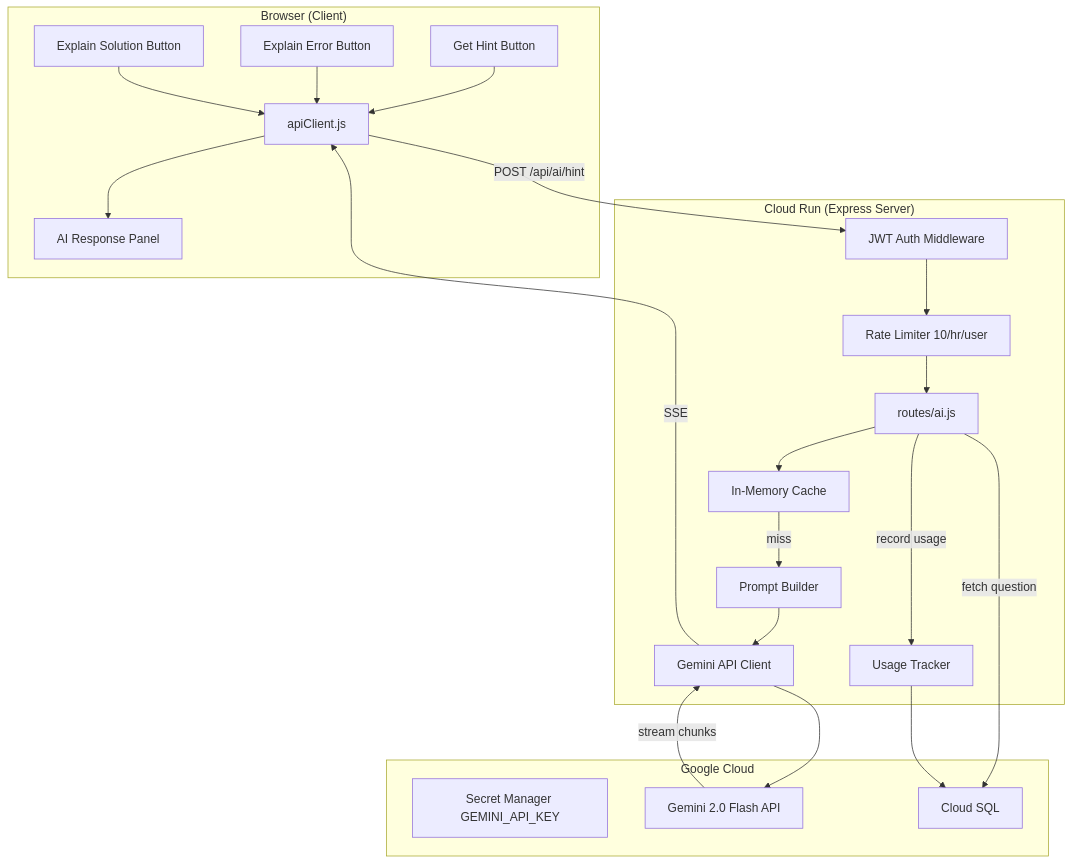
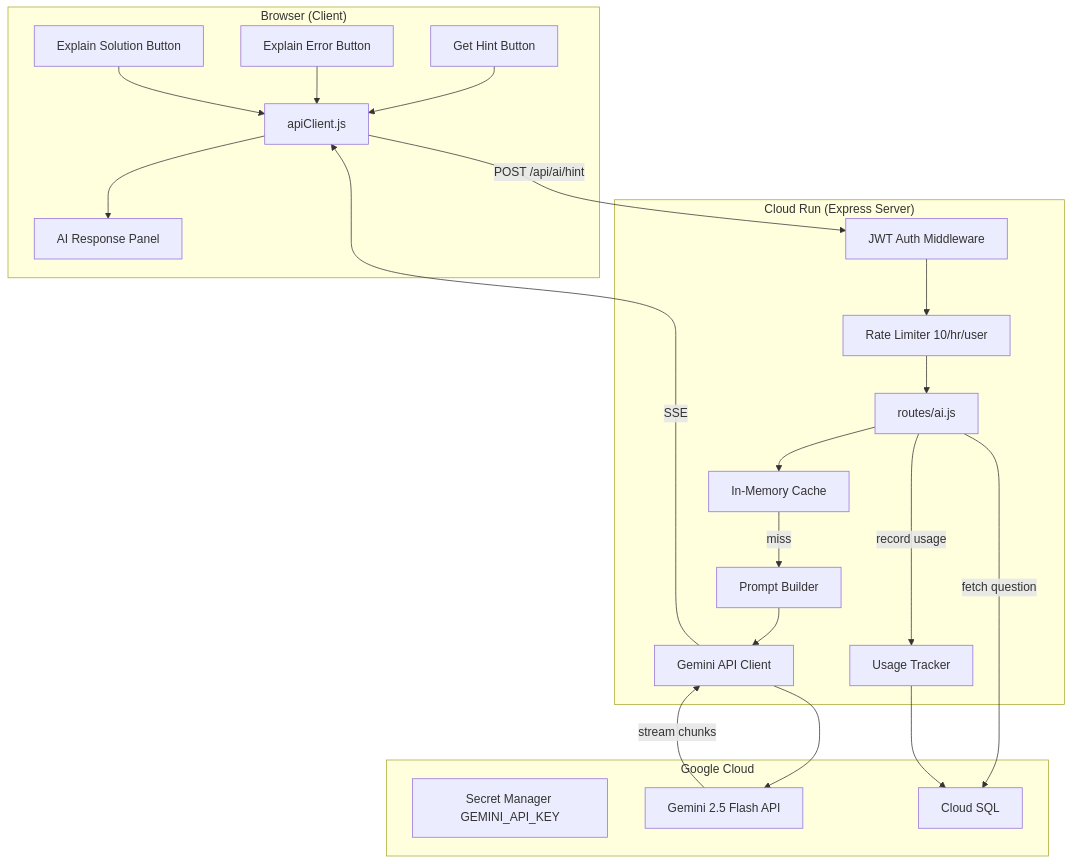
The first of 2 diagrams in docs/gemini-integration.md (prateekpanjla-outlook/duckdb-wasm-ide), drawn with Mermaid before and after one commit. The commit also changed other lines of this file and 1 other file, not shown here.

First line of the commit message:
docs: add issues and files summary to gemini-integration.md

````diff
--- a/docs/gemini-integration.md
+++ b/docs/gemini-integration.md
@@ -20,43 +58,43 @@
 ```mermaid
 graph TB
     subgraph Browser["Browser (Client)"]
         HintBtn["Get Hint Button"]
         ErrorBtn["Explain Error Button"]
         SolBtn["Explain Solution Button"]
         AIPanel["AI Response Panel"]
         APIClient["apiClient.js"]
     end
 
     subgraph CloudRun["Cloud Run (Express Server)"]
         AuthMW["JWT Auth Middleware"]
         RateMW["Rate Limiter 10/hr/user"]
         AIRoute["routes/ai.js"]
         PromptBuilder["Prompt Builder"]
         Cache["In-Memory Cache"]
         GeminiClient["Gemini API Client"]
         UsageTracker["Usage Tracker"]
     end
 
     subgraph GCP["Google Cloud"]
         SecretMgr["Secret Manager GEMINI_API_KEY"]
-        Gemini["Gemini 2.0 Flash API"]
+        Gemini["Gemini 2.5 Flash API"]
         CloudSQL["Cloud SQL"]
     end
 
     HintBtn --> APIClient
     ErrorBtn --> APIClient
     SolBtn --> APIClient
     APIClient -->|POST /api/ai/hint| AuthMW
     AuthMW --> RateMW
     RateMW --> AIRoute
     AIRoute -->|fetch question| CloudSQL
     AIRoute --> Cache
     Cache -->|miss| PromptBuilder
     PromptBuilder --> GeminiClient
     GeminiClient --> Gemini
     Gemini -->|stream chunks| GeminiClient
     GeminiClient -->|SSE| APIClient
     APIClient --> AIPanel
     AIRoute -->|record usage| UsageTracker
     UsageTracker --> CloudSQL
 ```
````
